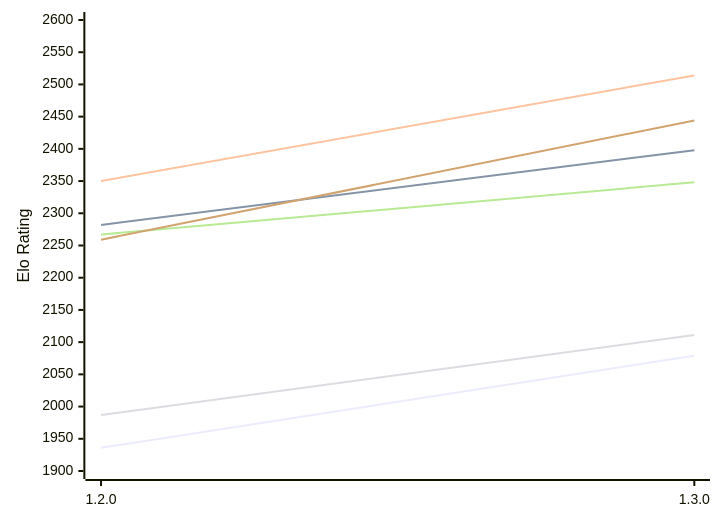
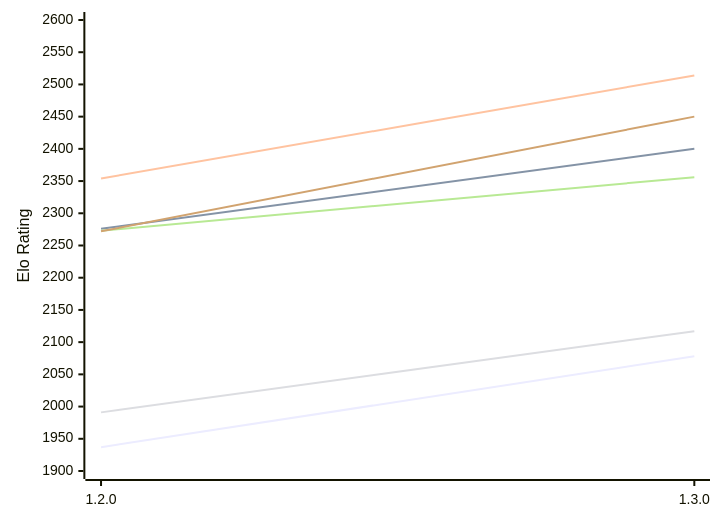
Before and after one commit to computer-chess-index/cci: the first of 2 diagrams in engines/Anodos.md, drawn with Mermaid. The commit also changed other lines of this file, not shown here.

Commit message:
Update CCI Ratings (ELO VLTC) - 2026-11-25

````diff
--- a/engines/Anodos.md
+++ b/engines/Anodos.md
@@ -52,12 +52,12 @@
 ```mermaid
 %%{init: {"theme":"base","themeVariables":{"seriesColors:['#a3a3a3','#222221','#faa371']}}}%%
 xychart-beta
   x-axis ["1.2.0", "1.3.0"]
   y-axis "Elo Rating" 1900 --> 2600
-  line "E1: STC (8.0+0.08s)" [1936, 2079]
-  line "E1: LTC (60.0+0.60s)" [2282, 2398]
-  line "E1: VLTC (2m24s+1.12s)" [2350, 2514]
-  line "P1: STC (8.0+0.08s)" [1987, 2111]
-  line "P1: LTC (60.0+0.60s)" [2267, 2348]
-  line "P1: VLTC (2m24s+1.12s)" [2259, 2444]
+  line "E1: STC (8.0+0.08s)" [1937, 2078]
+  line "E1: LTC (60.0+0.60s)" [2276, 2400]
+  line "E1: VLTC (2m24s+1.12s)" [2354, 2514]
+  line "P1: STC (8.0+0.08s)" [1991, 2117]
+  line "P1: LTC (60.0+0.60s)" [2273, 2356]
+  line "P1: VLTC (2m24s+1.12s)" [2272, 2450]
 ```
````
